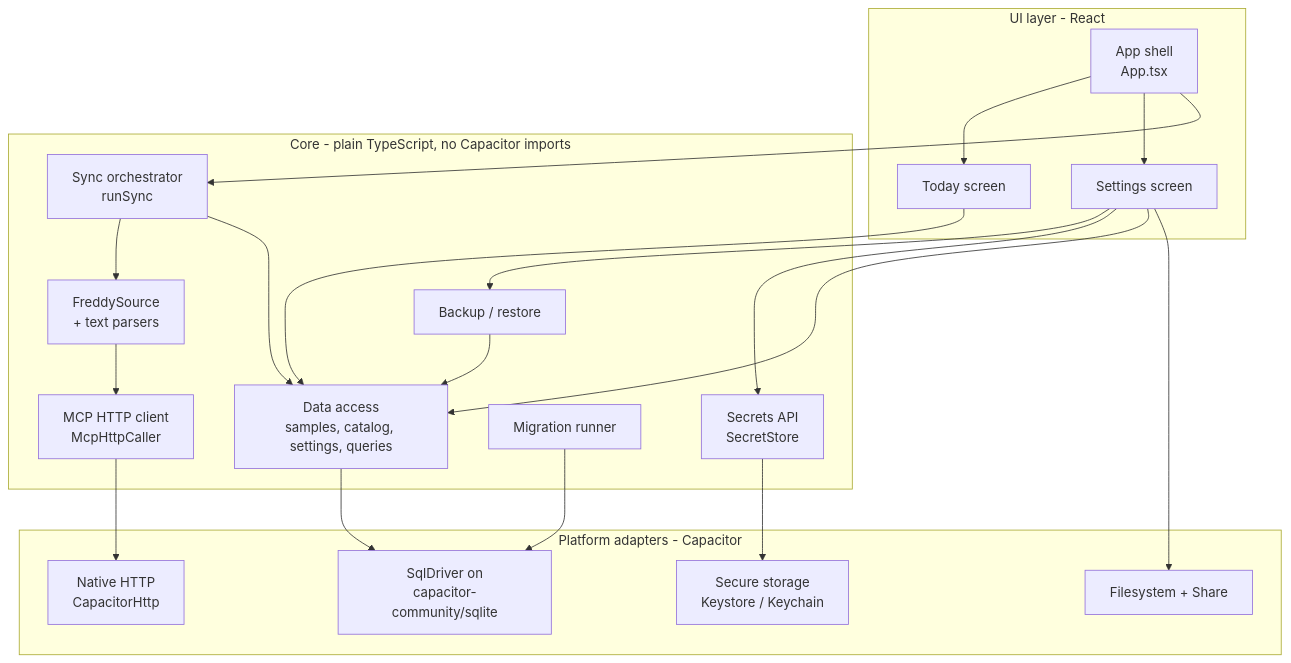
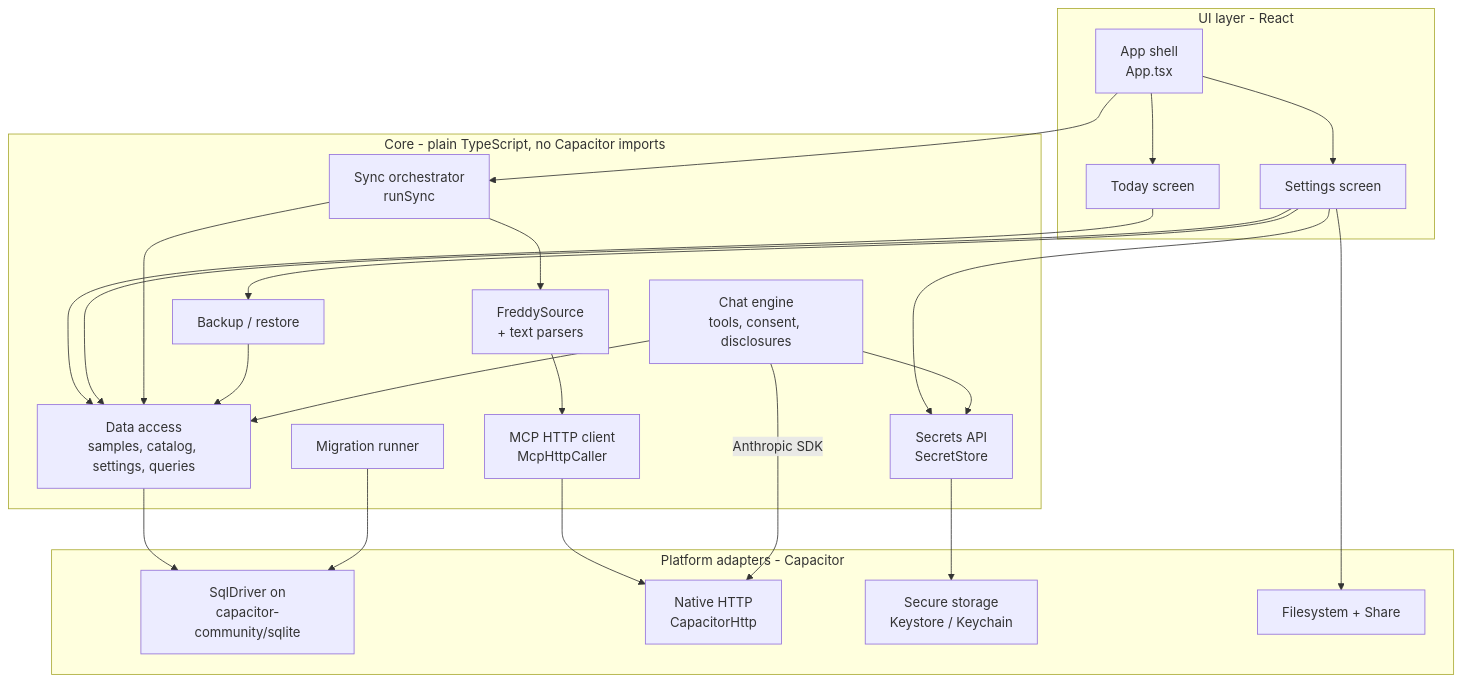
Before and after one commit to alfredoartilesv/even: the second of 6 diagrams in docs/HLD.md, drawn with Mermaid. The commit also changed other lines of this file and 23 other files, not shown here.

First line of the commit message:
Claude chat engine: tool-use loop, local data tools, consent, disclosures

````diff
--- a/docs/HLD.md
+++ b/docs/HLD.md
@@ -56,35 +56,39 @@
 ```mermaid
 flowchart TB
   subgraph ui[UI layer - React]
     appShell[App shell<br/>App.tsx]
     today[Today screen]
     settings[Settings screen]
   end
   subgraph core[Core - plain TypeScript, no Capacitor imports]
     sync[Sync orchestrator<br/>runSync]
     source[FreddySource<br/>+ text parsers]
     mcp[MCP HTTP client<br/>McpHttpCaller]
     backup[Backup / restore]
     repo[Data access<br/>samples, catalog, settings, queries]
     migrate[Migration runner]
     secretsApi[Secrets API<br/>SecretStore]
+    chat[Chat engine<br/>tools, consent, disclosures]
   end
   subgraph platform[Platform adapters - Capacitor]
     driver[SqlDriver on<br/>capacitor-community/sqlite]
     nativeHttp[Native HTTP<br/>CapacitorHttp]
     secure[Secure storage<br/>Keystore / Keychain]
     files[Filesystem + Share]
   end
 
   appShell --> today & settings
   appShell --> sync
   today --> repo
   settings --> backup & secretsApi & repo
   sync --> source --> mcp --> nativeHttp
   sync --> repo
   backup --> repo
   repo --> driver
   migrate --> driver
   secretsApi --> secure
   settings --> files
+  chat --> repo
+  chat --> secretsApi
+  chat -- "Anthropic SDK" --> nativeHttp
 ```
````
